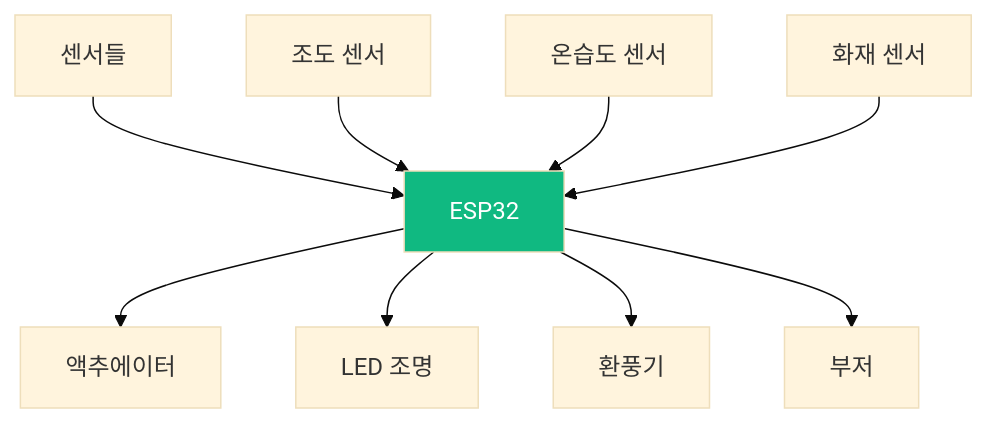
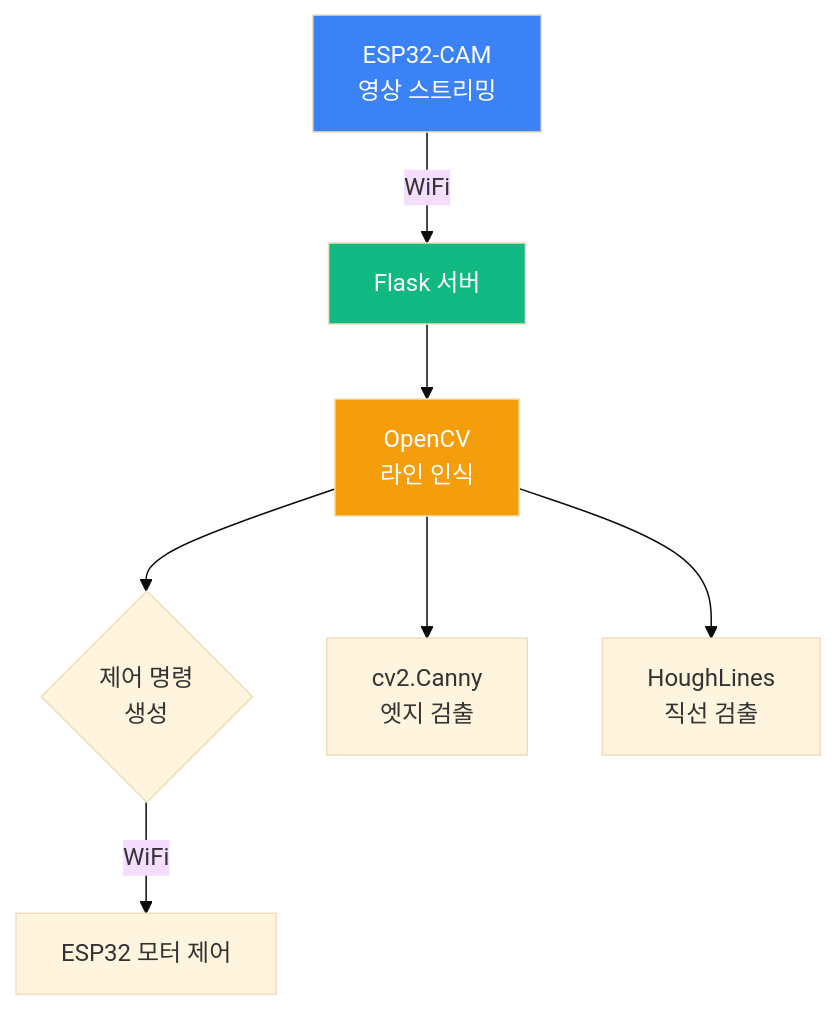
Before and after one commit to Collegenie-X/AIMakerLab_Web: the fifth of 10 diagrams in documents/CURRICULUM/맛보기_아두이노_ESP32.md, drawn with Mermaid (base theme). The commit also changed other lines of this file and 3 other files, not shown here.

````diff
--- a/documents/CURRICULUM/맛보기_아두이노_ESP32.md
+++ b/documents/CURRICULUM/맛보기_아두이노_ESP32.md
@@ -243,15 +289,14 @@
 ```mermaid
 graph TB
-    A[센서들] --> B[ESP32]
-    B --> C[액추에이터]
+    A[ESP32-CAM<br/>영상 스트리밍] -->|WiFi| B[Flask 서버]
+    B --> C[OpenCV<br/>라인 인식]
+    C --> D{제어 명령<br/>생성}
+    D -->|WiFi| E[ESP32 모터 제어]
     
-    A1[조도 센서] --> B
-    A2[온습도 센서] --> B
-    A3[화재 센서] --> B
+    C --> F[cv2.Canny<br/>엣지 검출]
+    C --> G[HoughLines<br/>직선 검출]
     
-    B --> C1[LED 조명]
-    B --> C2[환풍기]
-    B --> C3[부저]
-    
+    style A fill:#3b82f6,color:#fff
     style B fill:#10b981,color:#fff
+    style C fill:#f59e0b,color:#fff
 ```
````
